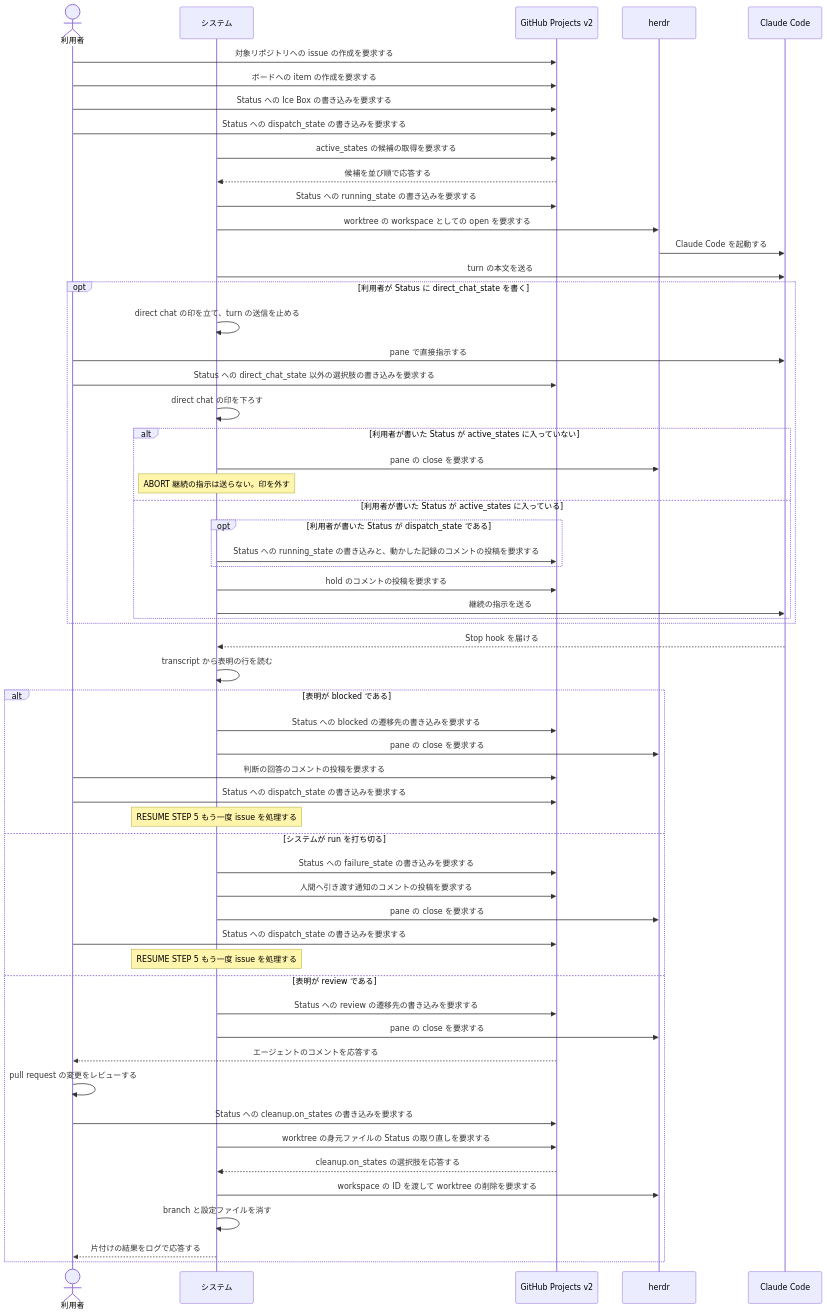
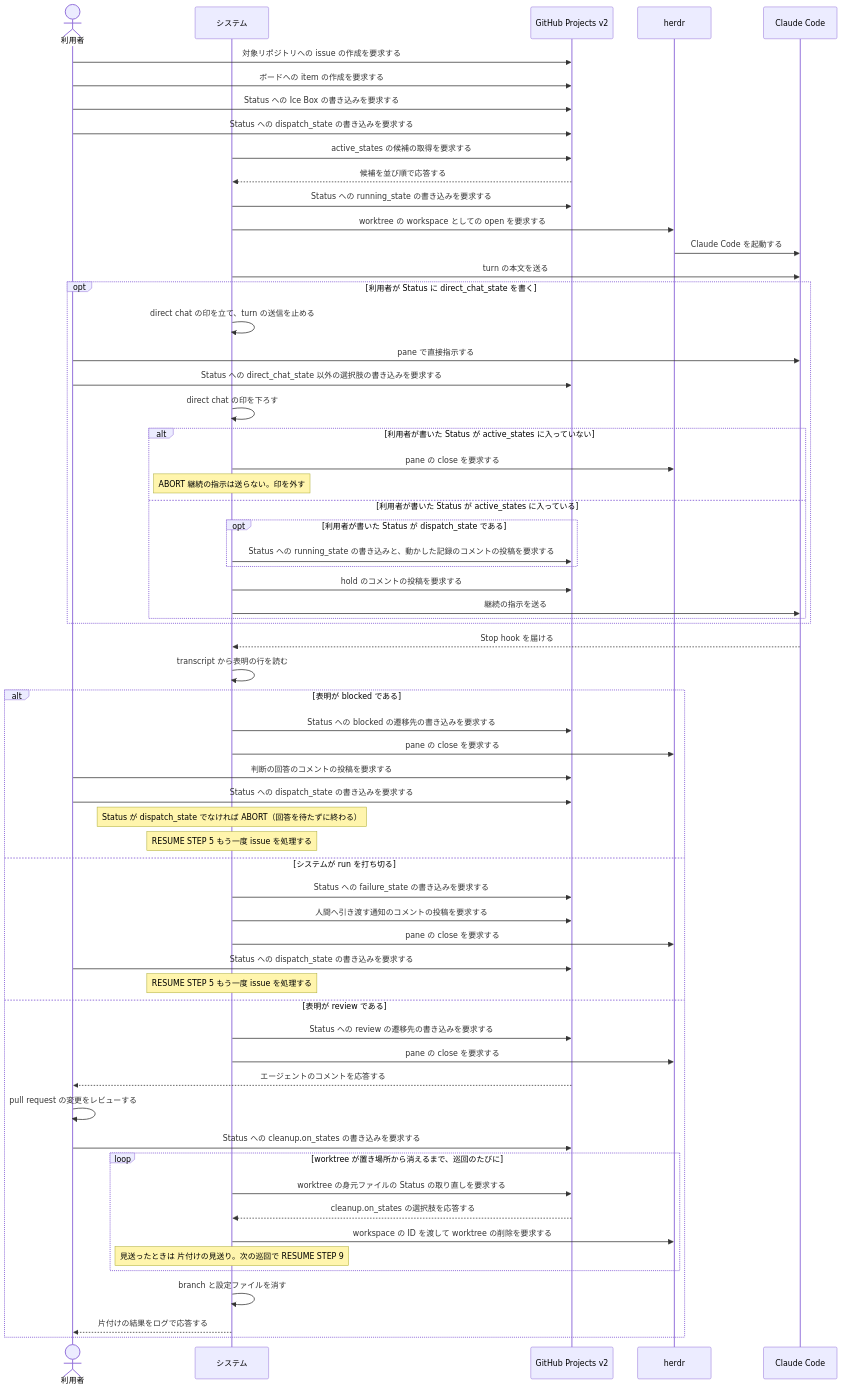
Before and after one commit to maimuzo/continuo: the second of 2 diagrams in docs/spec/usecases/scenario/issue を着手から片付けまで見届ける.rucm.md, drawn with Mermaid. The commit also changed other lines of this file and 93 other files, not shown here.

````diff
--- a/docs/spec/usecases/scenario/issue を着手から片付けまで見届ける.rucm.md
+++ b/docs/spec/usecases/scenario/issue を着手から片付けまで見届ける.rucm.md
@@ -244,65 +311,69 @@
 ```mermaid
 sequenceDiagram
     actor U as 利用者
     participant S as システム
     participant GH as GitHub Projects v2
     participant H as herdr
     participant CC as Claude Code
 
     U->>GH: 対象リポジトリへの issue の作成を要求する
     U->>GH: ボードへの item の作成を要求する
     U->>GH: Status への Ice Box の書き込みを要求する
     U->>GH: Status への dispatch_state の書き込みを要求する
 
     S->>GH: active_states の候補の取得を要求する
     GH-->>S: 候補を並び順で応答する
     S->>GH: Status への running_state の書き込みを要求する
     S->>H: worktree の workspace としての open を要求する
     H->>CC: Claude Code を起動する
     S->>CC: turn の本文を送る
 
     opt 利用者が Status に direct_chat_state を書く
         S->>S: direct chat の印を立て、turn の送信を止める
         U->>CC: pane で直接指示する
         U->>GH: Status への direct_chat_state 以外の選択肢の書き込みを要求する
         S->>S: direct chat の印を下ろす
         alt 利用者が書いた Status が active_states に入っていない
             S->>H: pane の close を要求する
             Note over S: ABORT 継続の指示は送らない。印を外す
         else 利用者が書いた Status が active_states に入っている
             opt 利用者が書いた Status が dispatch_state である
                 S->>GH: Status への running_state の書き込みと、動かした記録のコメントの投稿を要求する
             end
             S->>GH: hold のコメントの投稿を要求する
             S->>CC: 継続の指示を送る
         end
     end
 
     CC-->>S: Stop hook を届ける
     S->>S: transcript から表明の行を読む
 
     alt 表明が blocked である
         S->>GH: Status への blocked の遷移先の書き込みを要求する
         S->>H: pane の close を要求する
         U->>GH: 判断の回答のコメントの投稿を要求する
         U->>GH: Status への dispatch_state の書き込みを要求する
+        Note over S: Status が dispatch_state でなければ ABORT（回答を待たずに終わる）
         Note over S: RESUME STEP 5 もう一度 issue を処理する
     else システムが run を打ち切る
         S->>GH: Status への failure_state の書き込みを要求する
         S->>GH: 人間へ引き渡す通知のコメントの投稿を要求する
         S->>H: pane の close を要求する
         U->>GH: Status への dispatch_state の書き込みを要求する
         Note over S: RESUME STEP 5 もう一度 issue を処理する
     else 表明が review である
         S->>GH: Status への review の遷移先の書き込みを要求する
         S->>H: pane の close を要求する
         GH-->>U: エージェントのコメントを応答する
         U->>U: pull request の変更をレビューする
         U->>GH: Status への cleanup.on_states の書き込みを要求する
-        S->>GH: worktree の身元ファイルの Status の取り直しを要求する
-        GH-->>S: cleanup.on_states の選択肢を応答する
-        S->>H: workspace の ID を渡して worktree の削除を要求する
+        loop worktree が置き場所から消えるまで、巡回のたびに
+            S->>GH: worktree の身元ファイルの Status の取り直しを要求する
+            GH-->>S: cleanup.on_states の選択肢を応答する
+            S->>H: workspace の ID を渡して worktree の削除を要求する
+            Note over S: 見送ったときは 片付けの見送り。次の巡回で RESUME STEP 9
+        end
         S->>S: branch と設定ファイルを消す
         S-->>U: 片付けの結果をログで応答する
     end
 ```
````
